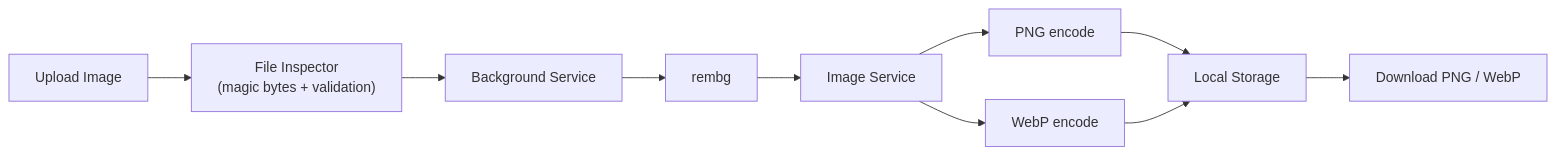
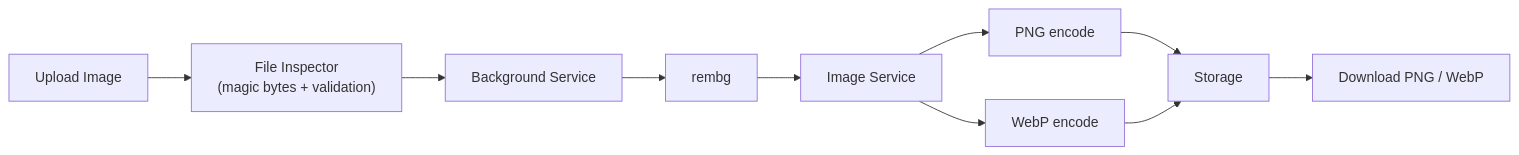
One commit to oyinlola-tech/lesser-remover changed the second of 3 diagrams in README.md. Above: the diagram before and after it, drawn with Mermaid. The commit also changed other lines of this file, not shown here.

Commit message:
docs: update README with Vercel deployment and dual-mode architecture

````diff
--- a/README.md
+++ b/README.md
@@ -61,12 +64,12 @@
 ```mermaid
 flowchart LR
     Upload["Upload Image"] --> Inspector["File Inspector\n(magic bytes + validation)"]
     Inspector --> BGService["Background Service"]
     BGService --> Rembg["rembg"]
     Rembg --> ImageService["Image Service"]
     ImageService --> PNG["PNG encode"]
     ImageService --> WebP["WebP encode"]
-    PNG --> Storage["Local Storage"]
+    PNG --> Storage["Storage"]
     WebP --> Storage
     Storage --> Download["Download PNG / WebP"]
 ```
````
